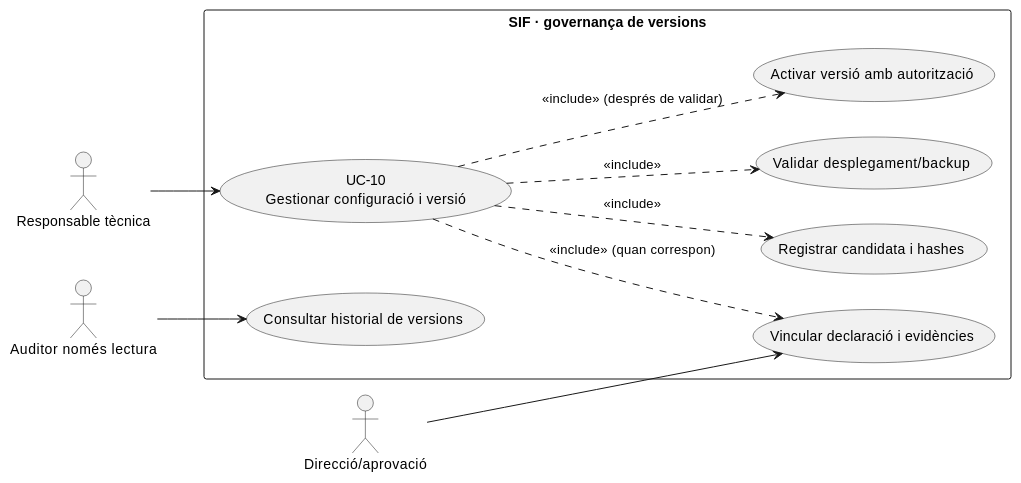
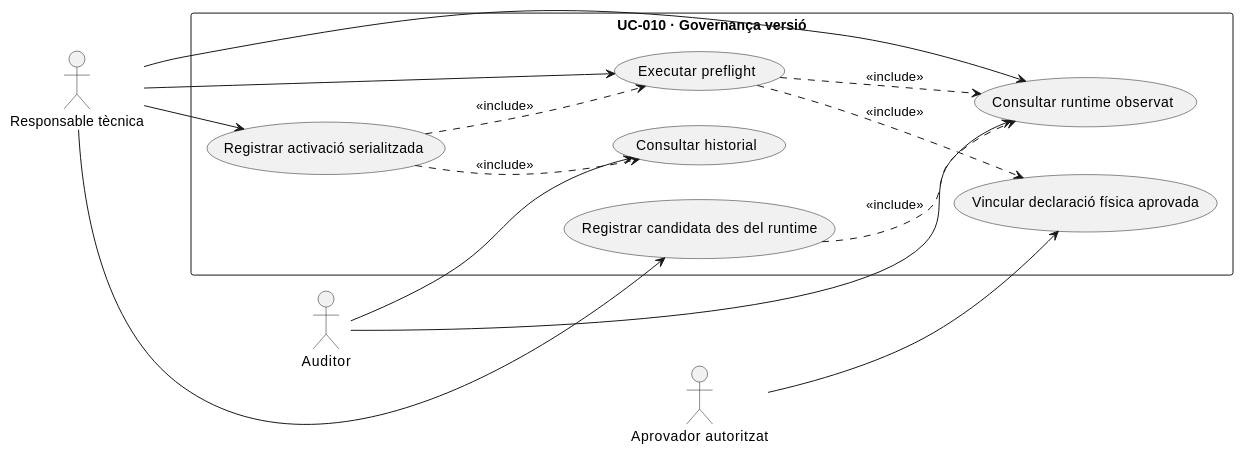
One commit to orgmeriemprismacat-del/verifactu changed the first of 3 diagrams in documentacio/07-uml-integrat/uc-010-gestionar-configuracio-versio.md. Above: the diagram before and after it, drawn with PlantUML. The commit also changed other lines of this file, not shown here.

Commit message:
docs(UC-010): alinear UML integrada amb implementacio auditada

````diff
--- a/documentacio/07-uml-integrat/uc-010-gestionar-configuracio-versio.md
+++ b/documentacio/07-uml-integrat/uc-010-gestionar-configuracio-versio.md
@@ -42,23 +33,30 @@
 ```plantuml
 @startuml
 left to right direction
 actor "Responsable tècnica" as T
-actor "Direcció/aprovació" as D
-actor "Auditor només lectura" as A
-rectangle "SIF · governança de versions" {
- usecase "UC-10\nGestionar configuració i versió" as Main
- usecase "Registrar candidata i hashes" as Candidate
- usecase "Vincular declaració i evidències" as Declaration
- usecase "Validar desplegament/backup" as Preflight
- usecase "Activar versió amb autorització" as Activate
- usecase "Consultar historial de versions" as History
+actor "Auditor" as A
+actor "Aprovador autoritzat" as D
+
+rectangle "UC-010 · Governança versió" {
+  usecase "Consultar runtime observat" as Runtime
+  usecase "Registrar candidata des del runtime" as Candidate
+  usecase "Vincular declaració física aprovada" as Declaration
+  usecase "Executar preflight" as Preflight
+  usecase "Registrar activació serialitzada" as Activate
+  usecase "Consultar historial" as History
 }
-T --> Main
+
+A --> Runtime
+A --> History
+T --> Runtime
+T --> Candidate
+T --> Preflight
+T --> Activate
 D --> Declaration
-A --> History
-Main ..> Candidate : <<include>>
-Main ..> Declaration : <<include>> (quan correspon)
-Main ..> Preflight : <<include>>
-Main ..> Activate : <<include>> (després de validar)
+Candidate ..> Runtime : <<include>>
+Preflight ..> Runtime : <<include>>
+Preflight ..> Declaration : <<include>>
+Activate ..> Preflight : <<include>>
+Activate ..> History : <<include>>
 @enduml
 ```
````
